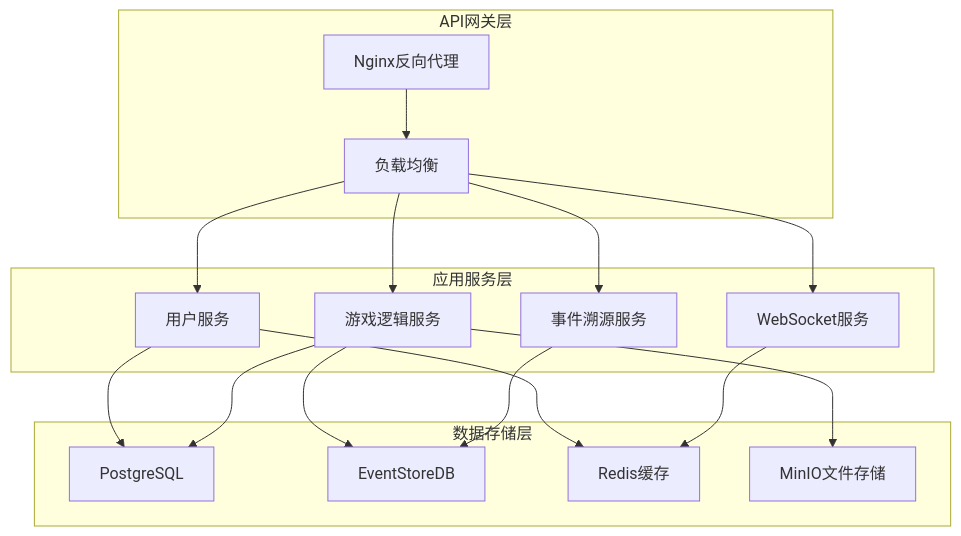
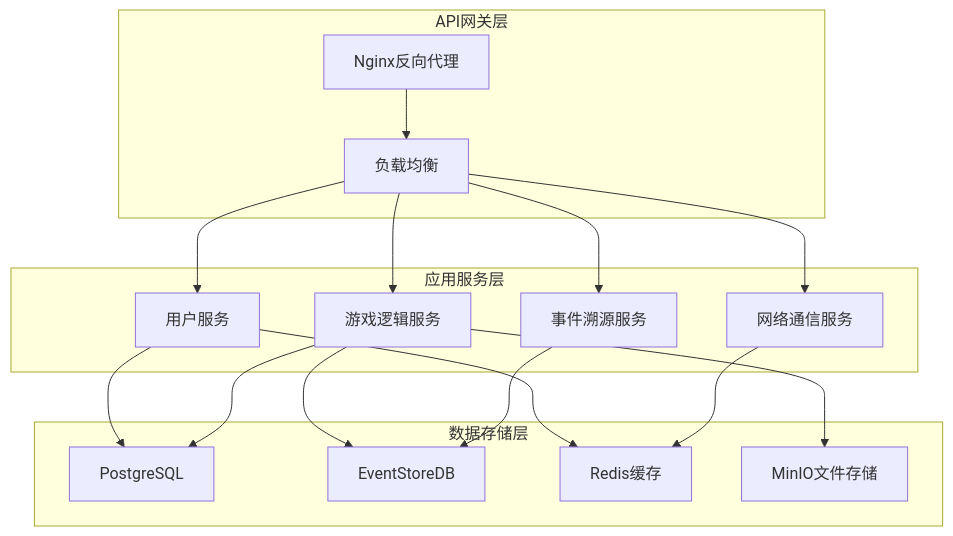
The second of 2 diagrams in doc/guides/technical/alpha-tech-stack.md (yingsiqi/Immortality), drawn with Mermaid before and after one commit. The commit also changed other lines of this file and 25 other files, not shown here.

````diff
--- a/doc/guides/technical/alpha-tech-stack.md
+++ b/doc/guides/technical/alpha-tech-stack.md
@@ -137,36 +137,36 @@
 ```mermaid
 flowchart TB
     subgraph "API网关层"
         A[Nginx反向代理]
         B[负载均衡]
     end
     
     subgraph "应用服务层"
         C[用户服务]
         D[游戏逻辑服务]
         E[事件溯源服务]
-        F[WebSocket服务]
+        F[网络通信服务]
     end
     
     subgraph "数据存储层"
         G[PostgreSQL]
         H[EventStoreDB]
         I[Redis缓存]
         J[MinIO文件存储]
     end
     
     A --> B
     B --> C
     B --> D
     B --> E
     B --> F
     
     C --> G
     C --> I
     D --> G
     D --> H
     E --> H
     F --> I
     
     D --> J
 ```
````
